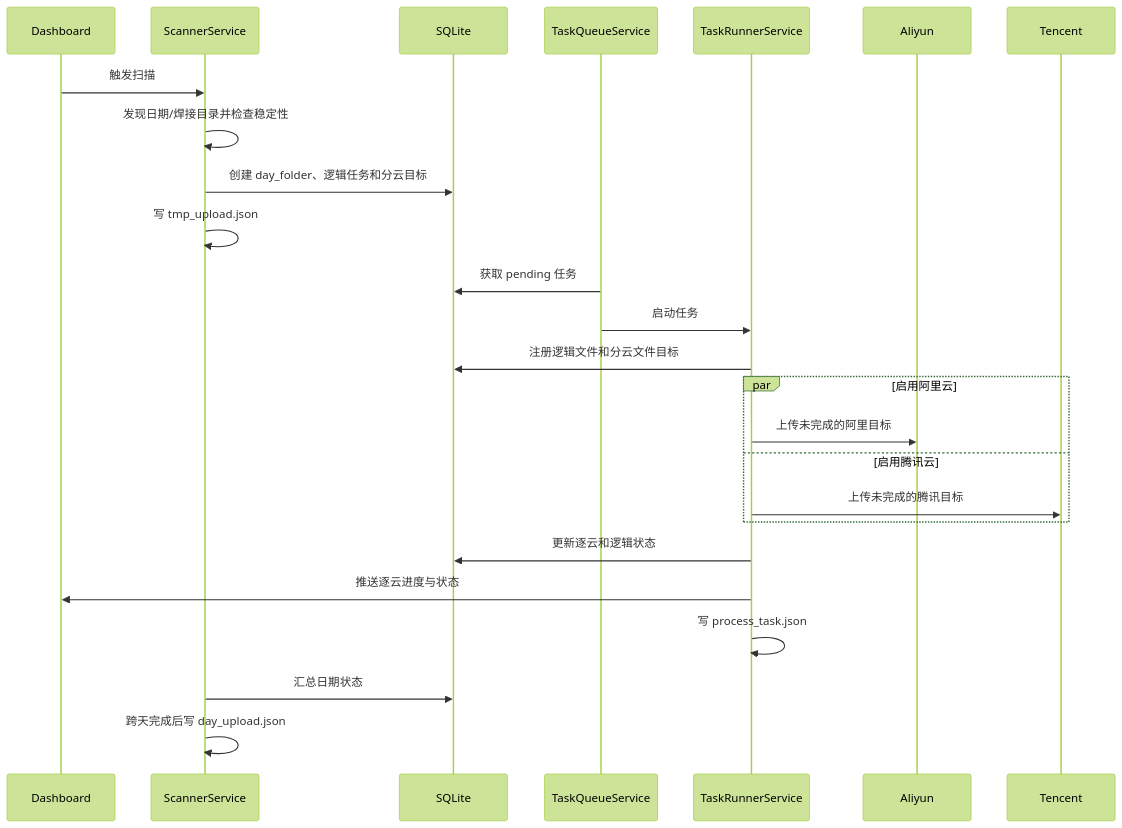
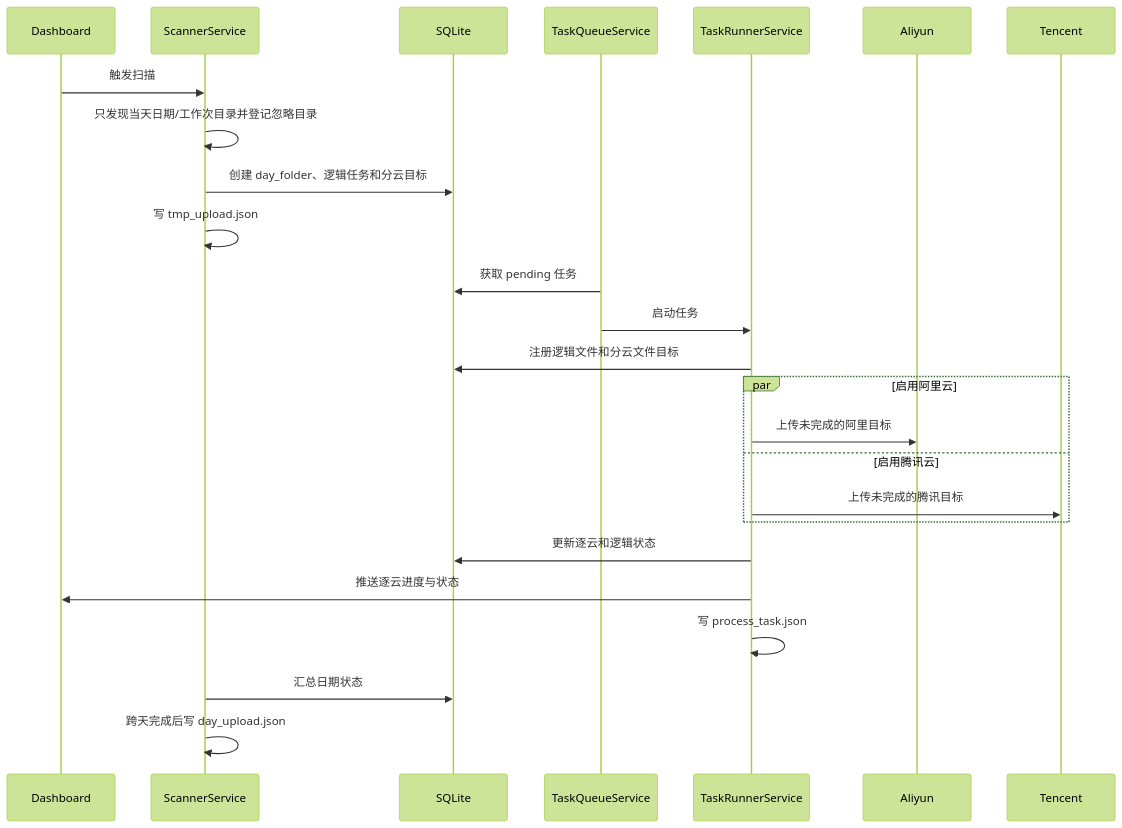
The first of 2 diagrams in docs/architecture/data-flow.md (MzKyle/Auto-Upload-Studio), drawn with Mermaid (forest theme) before and after one commit. The commit also changed other lines of this file and 34 other files, not shown here.

````diff
--- a/docs/architecture/data-flow.md
+++ b/docs/architecture/data-flow.md
@@ -5,28 +5,28 @@
 ```mermaid
 sequenceDiagram
   participant UI as Dashboard
   participant Scanner as ScannerService
   participant DB as SQLite
   participant Queue as TaskQueueService
   participant Runner as TaskRunnerService
   participant Ali as Aliyun
   participant Tencent as Tencent
 
   UI->>Scanner: 触发扫描
-  Scanner->>Scanner: 发现日期/焊接目录并检查稳定性
+  Scanner->>Scanner: 只发现当天日期/工作次目录并登记忽略目录
   Scanner->>DB: 创建 day_folder、逻辑任务和分云目标
   Scanner->>Scanner: 写 tmp_upload.json
   Queue->>DB: 获取 pending 任务
   Queue->>Runner: 启动任务
   Runner->>DB: 注册逻辑文件和分云文件目标
   par 启用阿里云
     Runner->>Ali: 上传未完成的阿里目标
   and 启用腾讯云
     Runner->>Tencent: 上传未完成的腾讯目标
   end
   Runner->>DB: 更新逐云和逻辑状态
   Runner->>UI: 推送逐云进度与状态
   Runner->>Runner: 写 process_task.json
   Scanner->>DB: 汇总日期状态
   Scanner->>Scanner: 跨天完成后写 day_upload.json
 ```
````
